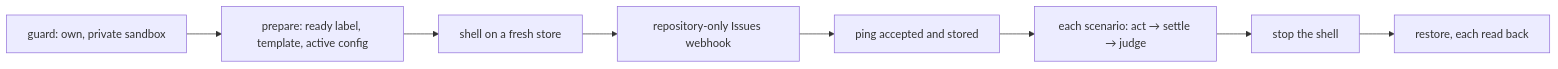
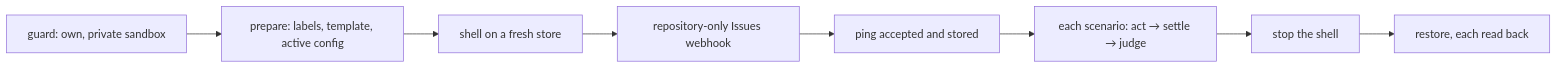
The diagram in packages/dev/lab/src/rehearsal/README.md (cheese-cakee/sdk-automations), drawn with Mermaid before and after one commit. The commit also changed 5 other files, not shown here.

````diff
--- a/packages/dev/lab/src/rehearsal/README.md
+++ b/packages/dev/lab/src/rehearsal/README.md
@@ -13,6 +13,6 @@
 ```mermaid
 flowchart LR
-    G["guard: own, private sandbox"] --> P["prepare: ready label, template, active config"]
+    G["guard: own, private sandbox"] --> P["prepare: labels, template, active config"]
     P --> S["shell on a fresh store"] --> H["repository-only Issues webhook"] --> I["ping accepted and stored"]
     I --> R["each scenario: act → settle → judge"] --> X["stop the shell"] --> U["restore, each read back"]
 ```
````
